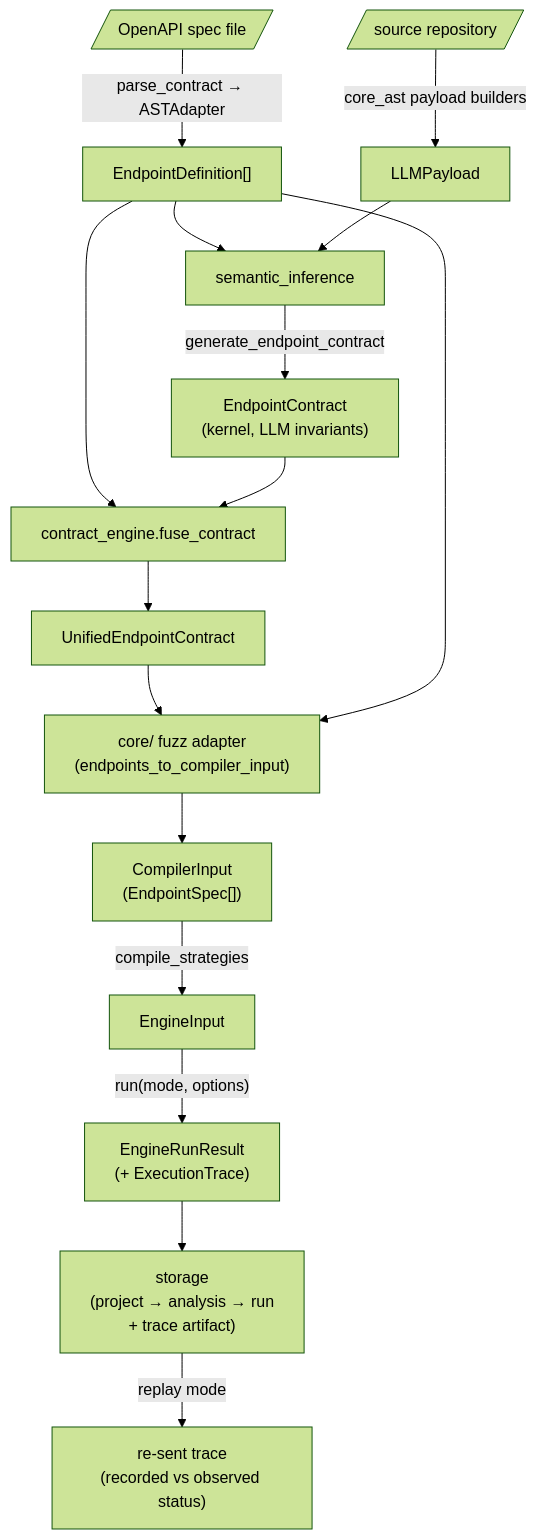
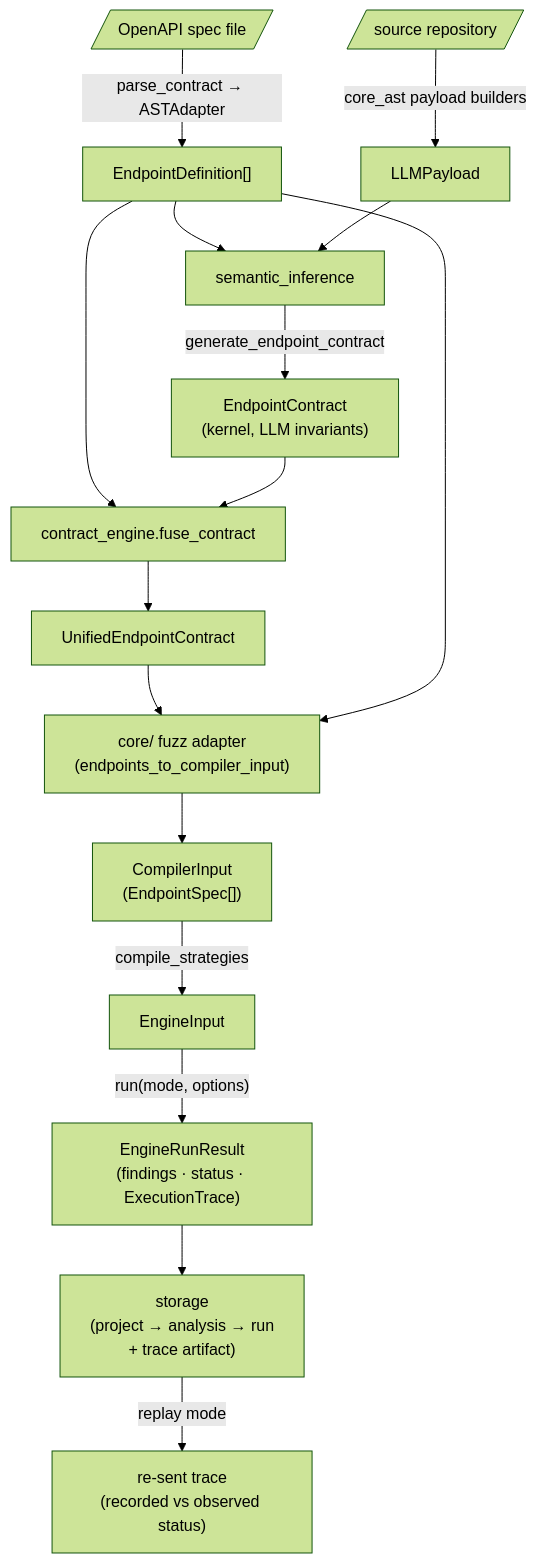
One commit to Spec-Forge-Testing/specforge-docs changed the diagram in docs/architecture/data-flow.md. Above: the diagram before and after it, drawn with Mermaid (forest theme). The commit also changed other lines of this file and 8 other files, not shown here.

Commit message:
docs(schemathesis): finding lifecycle, run status and replay readiness

````diff
--- a/docs/architecture/data-flow.md
+++ b/docs/architecture/data-flow.md
@@ -13,26 +13,26 @@
 ```mermaid
 flowchart TD
     OAS[/OpenAPI spec file/]
     SRC[/source repository/]
 
     OAS -->|"parse_contract → ASTAdapter"| ED["EndpointDefinition[]"]
     SRC -->|"core_ast payload builders"| PAY["LLMPayload"]
 
     ED --> SI["semantic_inference"]
     PAY --> SI
     SI -->|"generate_endpoint_contract"| EC["EndpointContract<br/>(kernel, LLM invariants)"]
 
     ED --> FUSE["contract_engine.fuse_contract"]
     EC --> FUSE
     FUSE --> UEC["UnifiedEndpointContract"]
 
     UEC --> ADP["core/ fuzz adapter<br/>(endpoints_to_compiler_input)"]
     ED --> ADP
     ADP --> CI["CompilerInput<br/>(EndpointSpec[])"]
 
     CI -->|"compile_strategies"| EI["EngineInput"]
-    EI -->|"run(mode, options)"| ERR["EngineRunResult<br/>(+ ExecutionTrace)"]
+    EI -->|"run(mode, options)"| ERR["EngineRunResult<br/>(findings · status · ExecutionTrace)"]
 
     ERR --> PERS["storage<br/>(project → analysis → run<br/>+ trace artifact)"]
     PERS -->|"replay mode"| RE["re-sent trace<br/>(recorded vs observed status)"]
 ```
````
